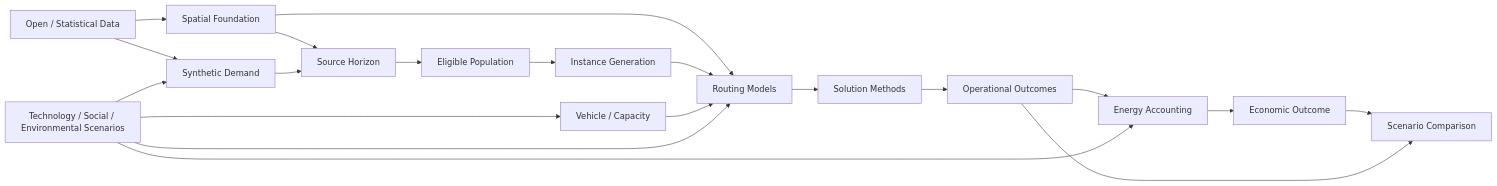
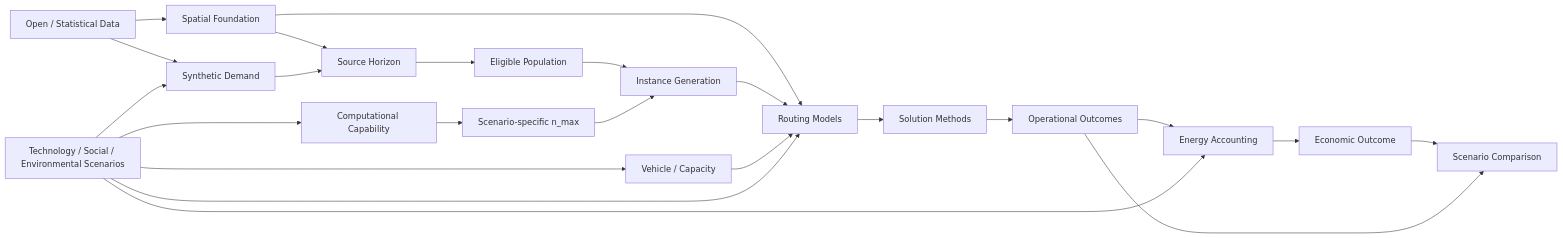
Before and after one commit to tkm-sano/kmd-analysis: the diagram in 05_src/traffic_simulation/CURRENT_RESEARCH_DESIGN.md, drawn with Mermaid. The commit also changed other lines of this file and 2 other files, not shown here.

Commit message:
docs: treat optimization scale as a future scenario variable

````diff
--- a/05_src/traffic_simulation/CURRENT_RESEARCH_DESIGN.md
+++ b/05_src/traffic_simulation/CURRENT_RESEARCH_DESIGN.md
@@ -36,22 +36,25 @@
 ```mermaid
 flowchart LR
     A[Open / Statistical Data] --> B[Spatial Foundation]
     A --> C[Synthetic Demand]
     B --> D[Source Horizon]
     C --> D
     D --> E[Eligible Population]
     E --> F[Instance Generation]
     B --> G[Routing Models]
     F --> G
     H[Vehicle / Capacity] --> G
     G --> I[Solution Methods]
     I --> J[Operational Outcomes]
     J --> K[Energy Accounting]
     K --> L[Economic Outcome]
     M[Technology / Social / Environmental Scenarios] --> C
     M --> H
     M --> G
     M --> K
     L --> N[Scenario Comparison]
     J --> N
+    M --> O[Computational Capability]
+    O --> P[Scenario-specific n_max]
+    P --> F
 ```
````
